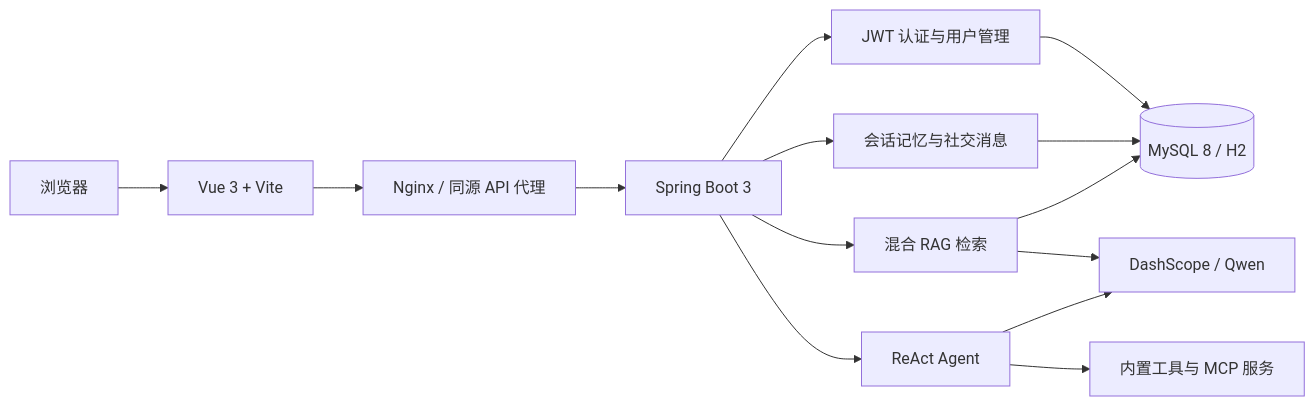
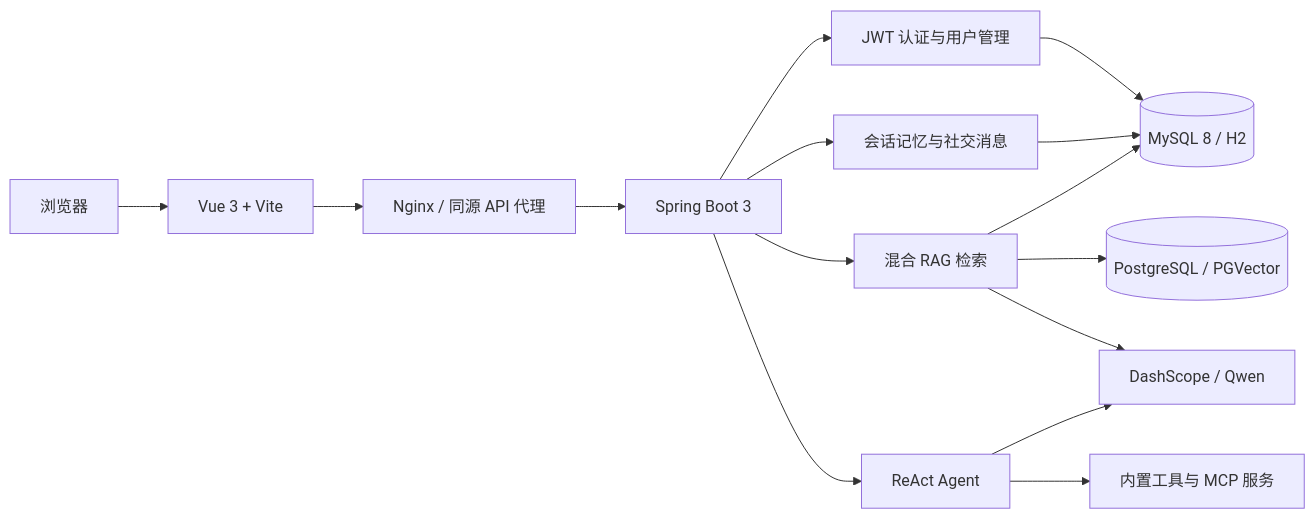
Before and after one commit to Lyh2422/liu-ai-agent: the diagram in README.md, drawn with Mermaid. The commit also changed other lines of this file and 3 other files, not shown here.

````diff
--- a/README.md
+++ b/README.md
@@ -57,18 +57,19 @@
 ```mermaid
 flowchart LR
     U[浏览器] --> V[Vue 3 + Vite]
     V --> N[Nginx / 同源 API 代理]
     N --> B[Spring Boot 3]
 
     B --> A[JWT 认证与用户管理]
     B --> C[会话记忆与社交消息]
     B --> R[混合 RAG 检索]
     B --> G[ReAct Agent]
 
     A --> DB[(MySQL 8 / H2)]
     C --> DB
     R --> DB
+    R --> P[(PostgreSQL / PGVector)]
     R --> Q[DashScope / Qwen]
     G --> Q
     G --> T[内置工具与 MCP 服务]
 ```
````
